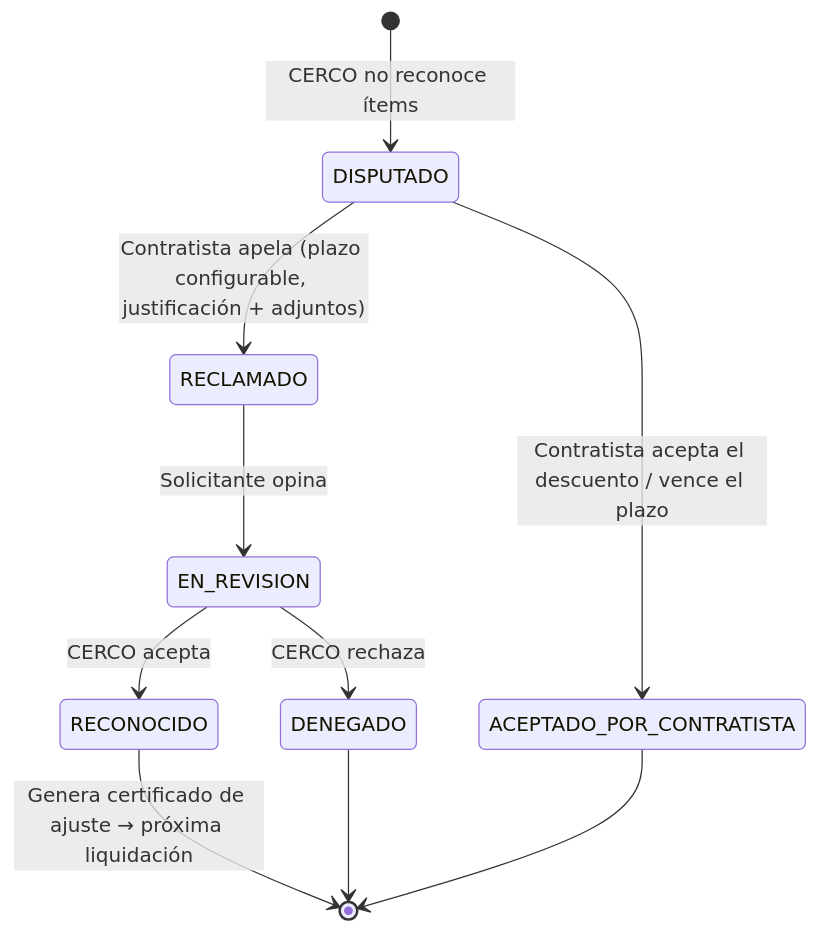
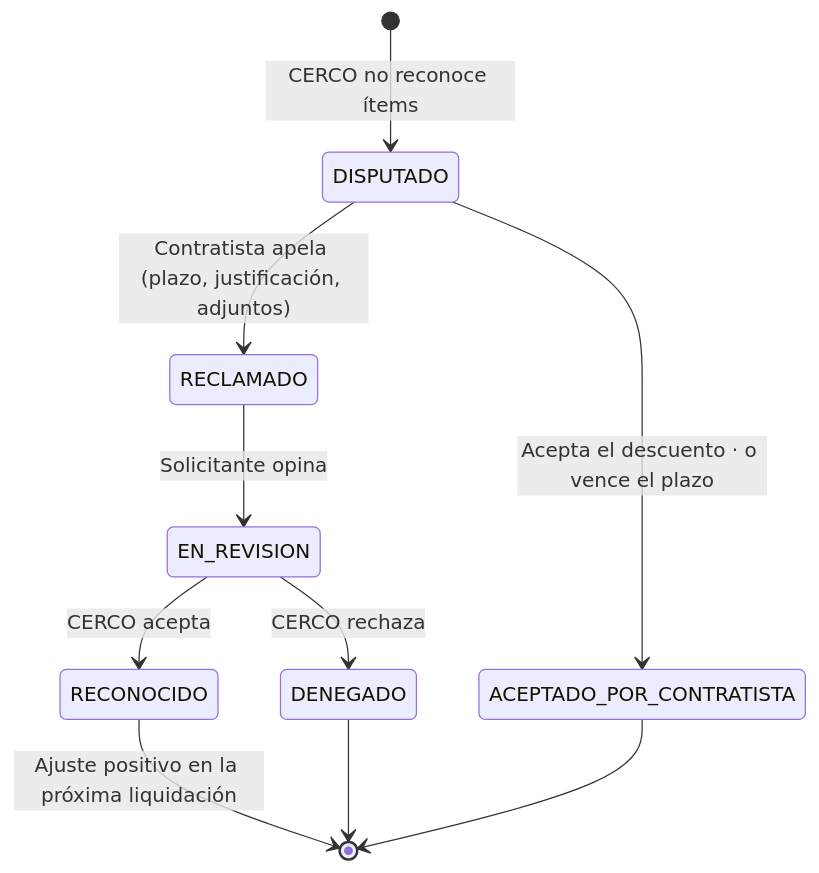
Before and after one commit to riv1matias/sgtv3: the third of 3 diagrams in spec/03-ciclo-de-vida.md, drawn with Mermaid. The commit also changed other lines of this file and 10 other files, not shown here.

````diff
--- a/spec/03-ciclo-de-vida.md
+++ b/spec/03-ciclo-de-vida.md
@@ -178,12 +259,12 @@
 ```mermaid
 stateDiagram-v2
     [*] --> DISPUTADO: CERCO no reconoce ítems
-    DISPUTADO --> RECLAMADO: Contratista apela (plazo configurable, justificación + adjuntos)
-    DISPUTADO --> ACEPTADO_POR_CONTRATISTA: Contratista acepta el descuento / vence el plazo
+    DISPUTADO --> RECLAMADO: Contratista apela (plazo, justificación, adjuntos)
+    DISPUTADO --> ACEPTADO_POR_CONTRATISTA: Acepta el descuento · o vence el plazo
     RECLAMADO --> EN_REVISION: Solicitante opina
     EN_REVISION --> RECONOCIDO: CERCO acepta
     EN_REVISION --> DENEGADO: CERCO rechaza
-    RECONOCIDO --> [*]: Genera certificado de ajuste → próxima liquidación
+    RECONOCIDO --> [*]: Ajuste positivo en la próxima liquidación
     DENEGADO --> [*]
     ACEPTADO_POR_CONTRATISTA --> [*]
 ```
````
